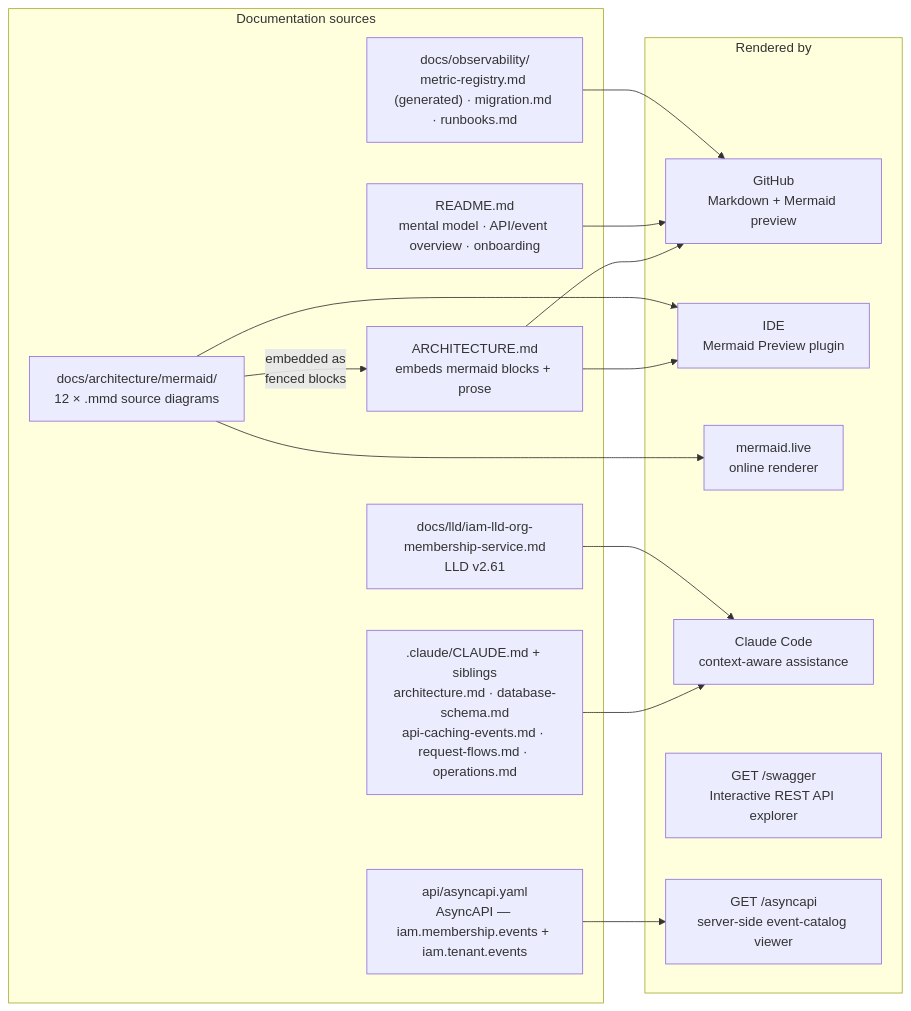
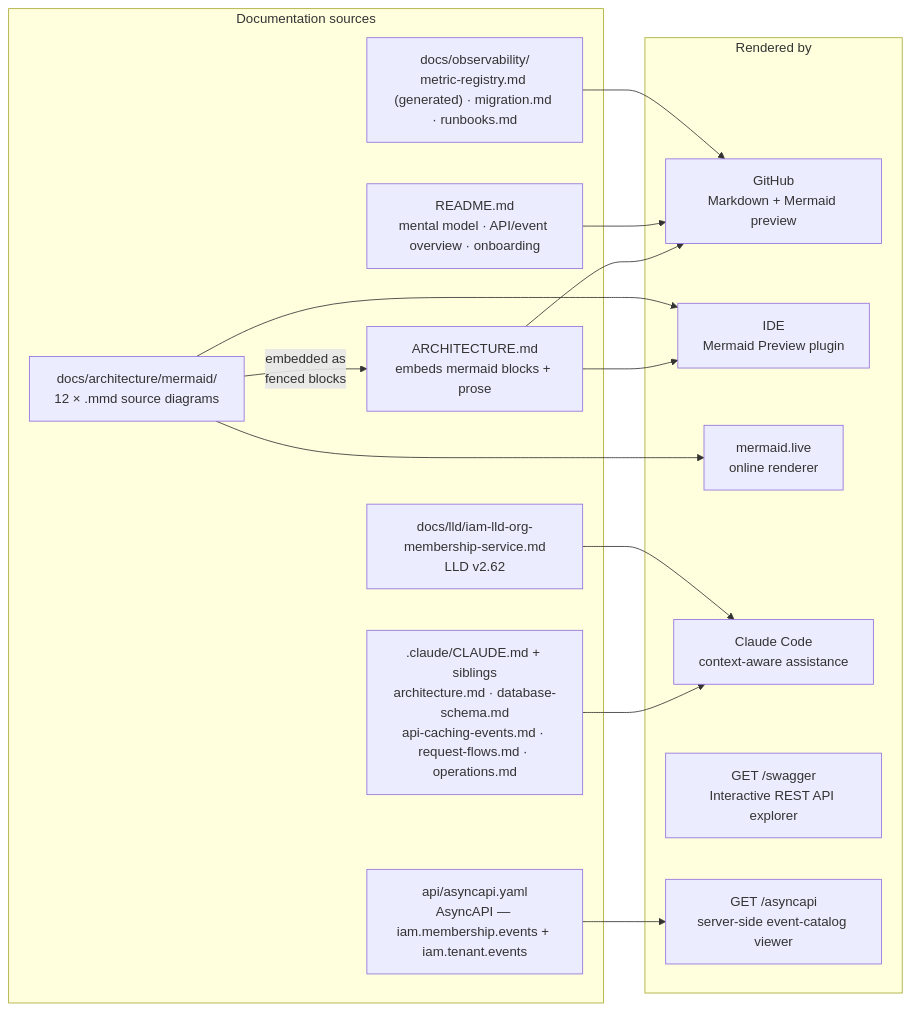
Diagram 13 of 13 in ARCHITECTURE.md (BCBP-SOLUTIONS-FZC-LLC/iam-org-membership), drawn with Mermaid before and after one commit. The commit also changed other lines of this file and 18 other files, not shown here.

````diff
--- a/ARCHITECTURE.md
+++ b/ARCHITECTURE.md
@@ -1386,30 +1387,30 @@
 ```mermaid
 graph LR
     subgraph sources["Documentation sources"]
         mmd["docs/architecture/mermaid/\n12 × .mmd source diagrams"]
         arch["ARCHITECTURE.md\nembeds mermaid blocks + prose"]
         claude[".claude/CLAUDE.md + siblings\narchitecture.md · database-schema.md\napi-caching-events.md · request-flows.md · operations.md"]
         readme["README.md\nmental model · API/event overview · onboarding"]
         asyncapi_yaml["api/asyncapi.yaml\nAsyncAPI — iam.membership.events + iam.tenant.events"]
-        lld["docs/lld/iam-lld-org-membership-service.md\nLLD v2.61"]
+        lld["docs/lld/iam-lld-org-membership-service.md\nLLD v2.62"]
         obsdocs["docs/observability/\nmetric-registry.md (generated) · migration.md · runbooks.md"]
     end
 
     subgraph rendered["Rendered by"]
         github["GitHub\nMarkdown + Mermaid preview"]
         ide["IDE\nMermaid Preview plugin"]
         live["mermaid.live\nonline renderer"]
         claude_ai["Claude Code\ncontext-aware assistance"]
         swagger_viewer["GET /swagger\nInteractive REST API explorer"]
         asyncapi_viewer["GET /asyncapi\nserver-side event-catalog viewer"]
     end
 
     mmd  -->|"embedded as\nfenced blocks"| arch
     arch --> github & ide
     mmd  --> live & ide
     claude --> claude_ai
     readme --> github
     lld --> claude_ai
     obsdocs --> github
     asyncapi_yaml --> asyncapi_viewer
 ```
````
